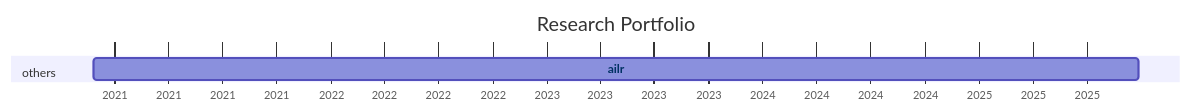
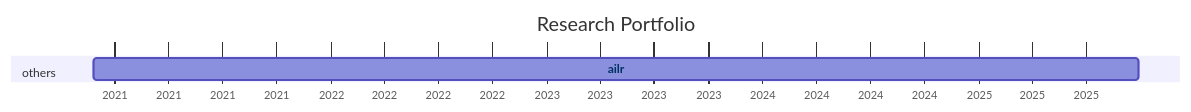
The diagram in docs/20-research/25-projects-gantt.md (digital-work-lab/handbook), drawn with Mermaid before and after one commit.

Commit message:
Update repository overview

````diff
--- a/docs/20-research/25-projects-gantt.md
+++ b/docs/20-research/25-projects-gantt.md
@@ -8,21 +8,21 @@
 ```mermaid
 ---
 displayMode: compact
 ---
 gantt
 title Research Portfolio
 dateFormat YYYY-MM-DD
 axisFormat %Y
 
     section work_practices
 
     section distributed_organizing
 
     section knowledge_synthesis
 
     section others
-        ailr :ailr, 2020-11-26, 2025-09-27
+        ailr :ailr, 2020-11-26, 2025-09-28
 
 
     click ailr href "{{ site.baseurl }}/docs/10-lab/18-resources/ailr.html"
 ```
````
